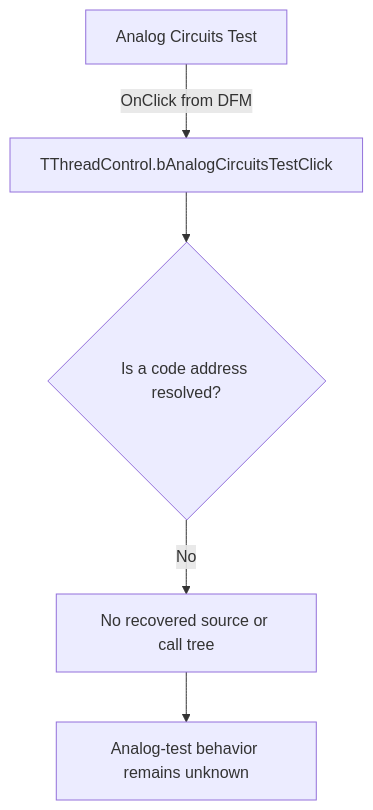
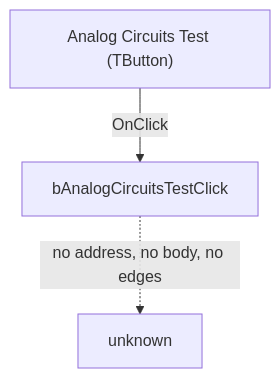
The diagram in docs/ui-controls/threadcontrol/banalogcircuitstest-c2c8b18ba6.md (MovGP0/TIARA), drawn with Mermaid before and after one commit. The commit also changed other lines of this file and 106 other files, not shown here.

````diff
--- a/docs/ui-controls/threadcontrol/banalogcircuitstest-c2c8b18ba6.md
+++ b/docs/ui-controls/threadcontrol/banalogcircuitstest-c2c8b18ba6.md
@@ -29,7 +29,5 @@
 ```mermaid
 flowchart TD
-    control["Analog Circuits Test"] -->|OnClick from DFM| binding["TThreadControl.bAnalogCircuitsTestClick"]
-    binding --> address{"Is a code address resolved?"}
-    address -->|No| gap["No recovered source or call tree"]
-    gap --> unknown["Analog-test behavior remains unknown"]
+    control["Analog Circuits Test (TButton)"] -->|"OnClick"| handler["bAnalogCircuitsTestClick"]
+    handler -.->|"no address, no body, no edges"| gone["unknown"]
 ```
````
